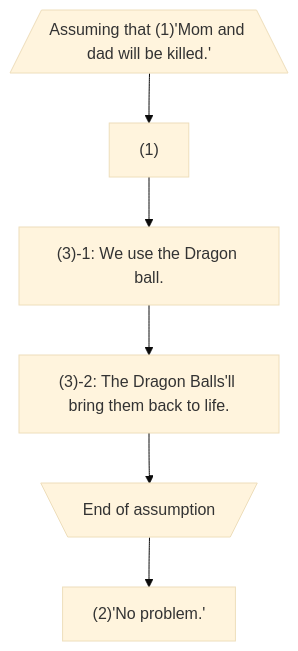
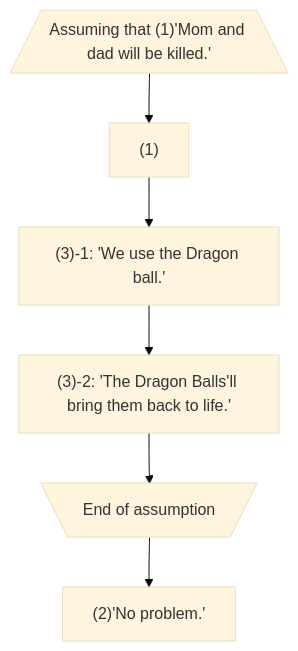
One commit to Cartman0/PLHTML changed the diagram in wiki/img/e.g.dragonball/argument_diagram.md. Above: the diagram before and after it, drawn with Mermaid (base theme).

Commit message:
fix quote mark

````diff
--- a/wiki/img/e.g.dragonball/argument_diagram.md
+++ b/wiki/img/e.g.dragonball/argument_diagram.md
@@ -1,13 +1,13 @@
 ```mermaid
 graph TD
   A[/"Assuming that (1)'Mom and dad will be killed.'"\];
   B["(1)"];
   A-->B;
-  C["(3)-1: We use the Dragon ball."];
-  D["(3)-2: The Dragon Balls'll bring them back to life."];
+  C["(3)-1: 'We use the Dragon ball.'"];
+  D["(3)-2: 'The Dragon Balls'll bring them back to life.'"];
   B-->C-->D;
   E[\"End of assumption"/];
   D-->E;
   F["(2)'No problem.'"];
   E-->F;
 ```
````
